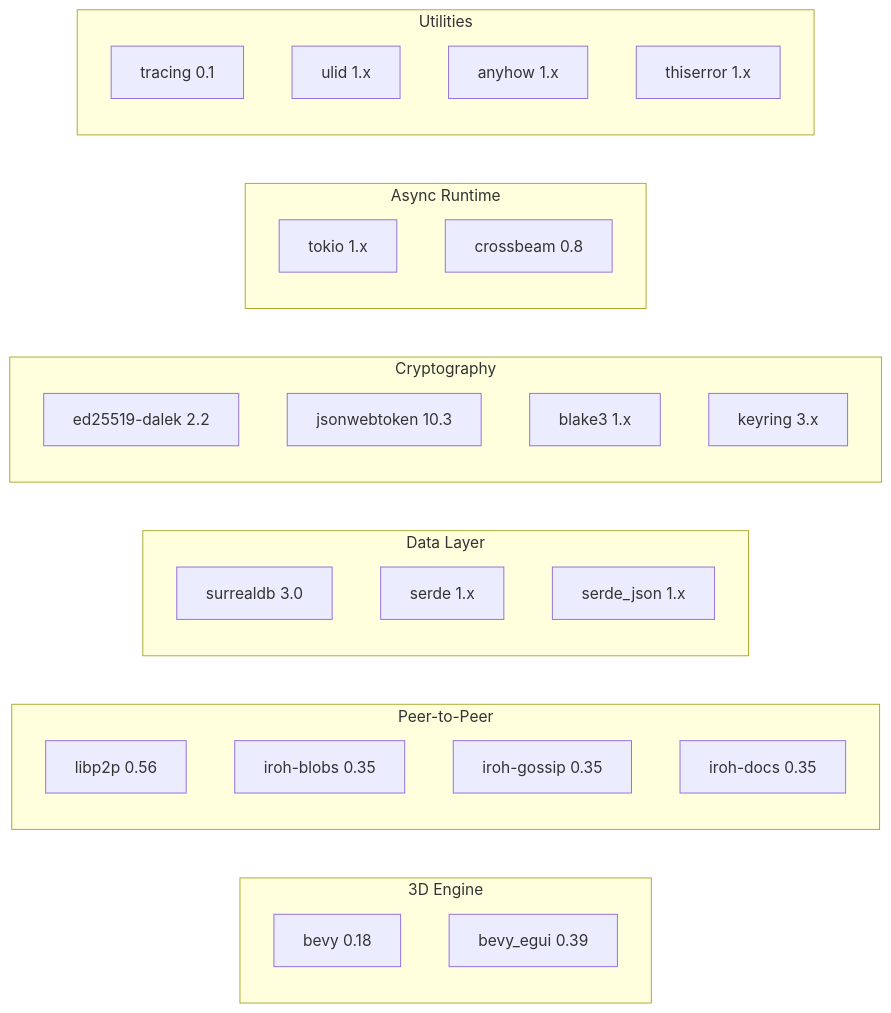
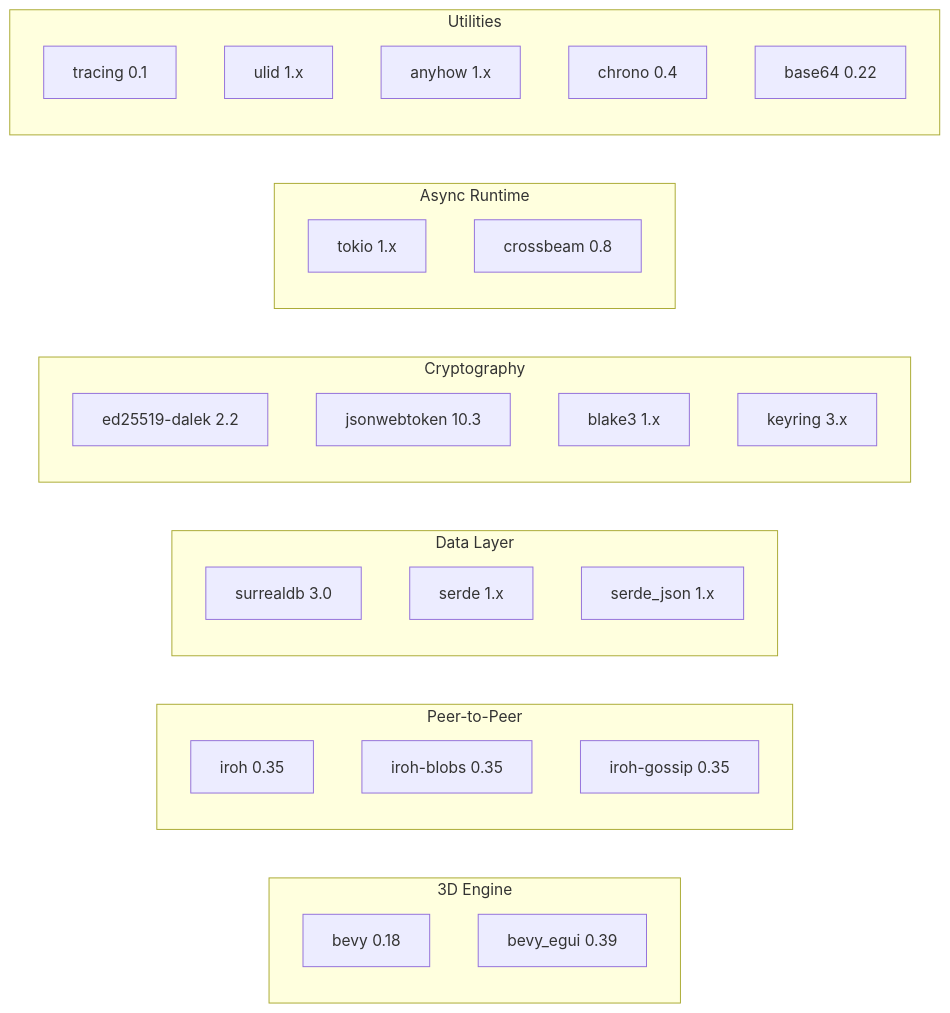
The second of 2 diagrams in docs/diagrams/10-crate-dependencies.md (Escherbridge/fractalengine), drawn with Mermaid before and after one commit. The commit also changed other lines of this file and 81 other files, not shown here.

````diff
--- a/docs/diagrams/10-crate-dependencies.md
+++ b/docs/diagrams/10-crate-dependencies.md
@@ -46,39 +52,39 @@
 ```mermaid
 graph LR
     subgraph Engine["3D Engine"]
         Bevy[bevy 0.18]
         Egui[bevy_egui 0.39]
     end
 
     subgraph P2P["Peer-to-Peer"]
-        Libp2p[libp2p 0.56]
+        Iroh[iroh 0.35]
         IrohB[iroh-blobs 0.35]
         IrohG[iroh-gossip 0.35]
-        IrohD[iroh-docs 0.35]
     end
 
     subgraph Data["Data Layer"]
         Surreal[surrealdb 3.0]
         Serde[serde 1.x]
         SerdeJ[serde_json 1.x]
     end
 
     subgraph Crypto["Cryptography"]
         Ed25519[ed25519-dalek 2.2]
         JWT[jsonwebtoken 10.3]
         Blake[blake3 1.x]
         Keyring_[keyring 3.x]
     end
 
     subgraph Async["Async Runtime"]
         Tokio_[tokio 1.x]
         Crossbeam_[crossbeam 0.8]
     end
 
     subgraph Util["Utilities"]
         Tracing_[tracing 0.1]
         ULID[ulid 1.x]
         Anyhow[anyhow 1.x]
-        Thiserror_[thiserror 1.x]
+        Chrono[chrono 0.4]
+        Base64[base64 0.22]
     end
 ```
````
